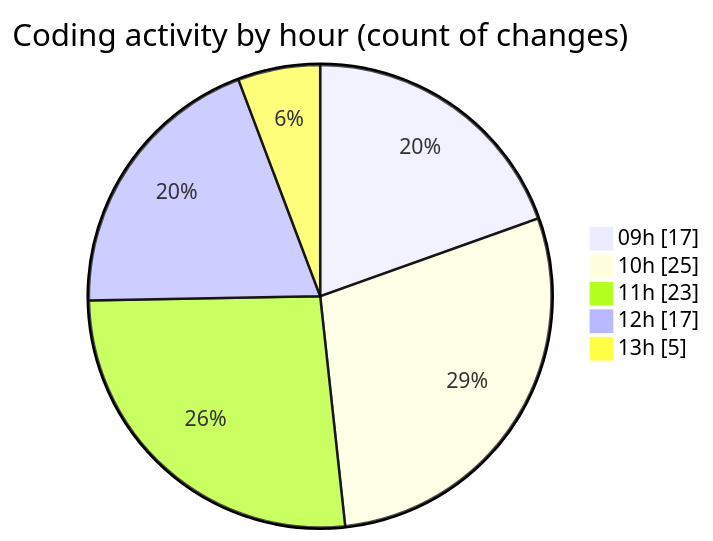
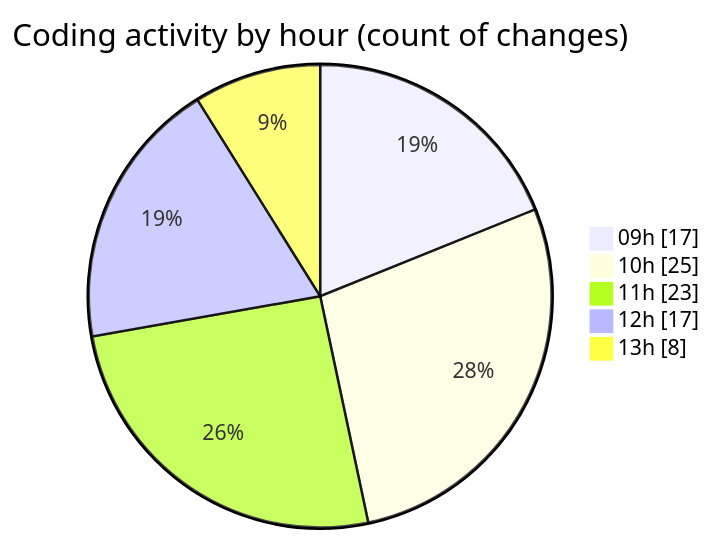
Before and after one commit to momahboobian/code-tracking: the second of 2 diagrams in 2026-08-04/cda/README.md, drawn with Mermaid. The commit also changed other lines of this file and 1 other file, not shown here.

````diff
--- a/2026-08-04/cda/README.md
+++ b/2026-08-04/cda/README.md
@@ -57,9 +57,9 @@
 ```mermaid
 pie showData
 title Coding activity by hour (count of changes)
 "09h" : 17
 "10h" : 25
 "11h" : 23
 "12h" : 17
-"13h" : 5
+"13h" : 8
 ```
````
